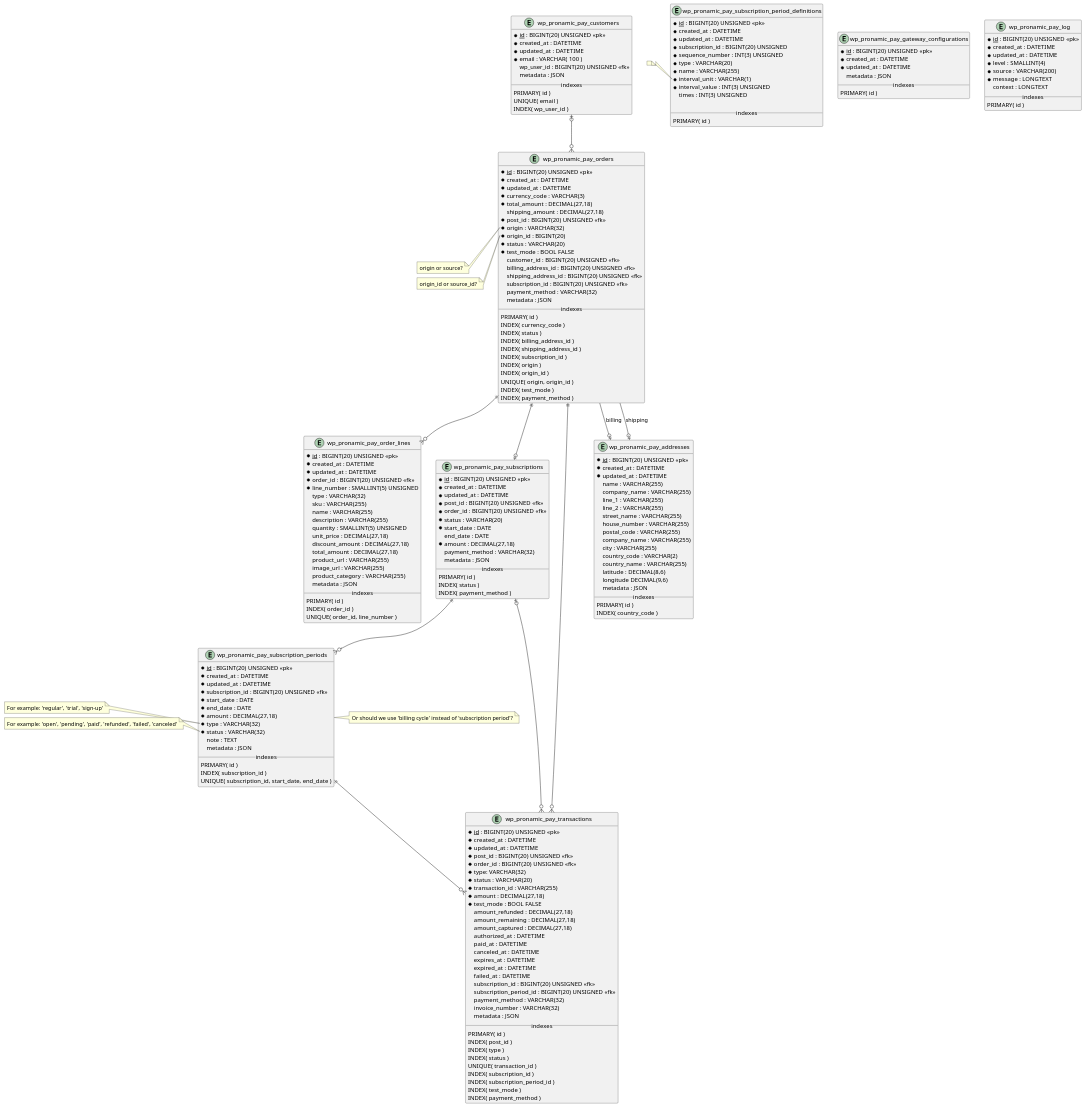
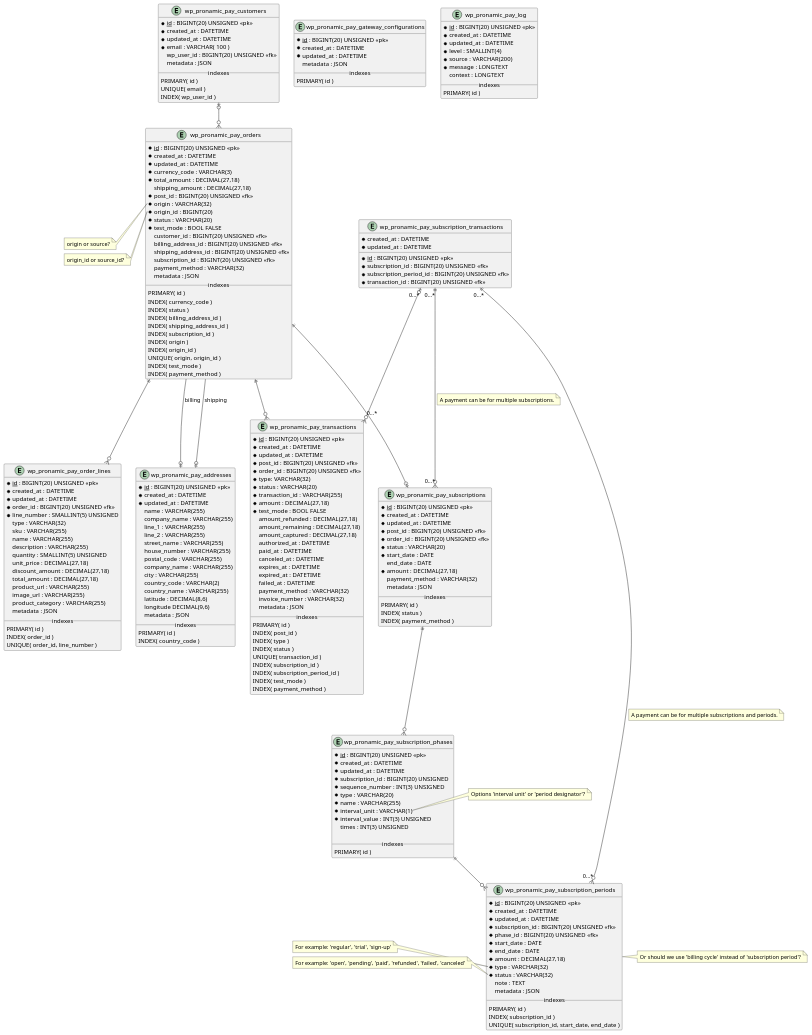
The diagram in documentation/db.plantuml (8KCool/WordPress-Plugin-iDEAL-Bancontact-), drawn with PlantUML before and after one commit. The commit also changed 1 other file, not shown here.

Commit message:
One payment can be for multiple subscriptions and periods.

```diff
--- a/documentation/db.plantuml
+++ b/documentation/db.plantuml
@@ -101,7 +101,7 @@
 	INDEX( payment_method )
 }
 
-entity "wp_pronamic_pay_subscription_period_definitions" as subscription_period_definition {
+entity "wp_pronamic_pay_subscription_phases" as subscription_phase {
 	* <u>id</u> : BIGINT(20) UNSIGNED <<pk>>
 	* created_at : DATETIME
 	* updated_at : DATETIME
@@ -117,8 +117,8 @@
 	PRIMARY( id )
 }
 
-note left of subscription_period_definition::interval_unit
-  'interval unit' or 'period designator'?
+note left of subscription_phase::interval_unit
+  Options 'interval unit' or 'period designator'?
 end note
 
 
@@ -127,6 +127,7 @@
 	* created_at : DATETIME
 	* updated_at : DATETIME
 	* subscription_id : BIGINT(20) UNSIGNED <<fk>>
+	* phase_id : BIGINT(20) UNSIGNED <<fk>>
 	* start_date : DATE
 	* end_date : DATE
 	* amount : DECIMAL(27,18)
@@ -152,6 +153,15 @@
   For example: 'open', 'pending', 'paid', 'refunded', 'failed', 'canceled'
 end note
 
+entity "wp_pronamic_pay_subscription_transactions" as subscription_transaction {
+	* <u>id</u> : BIGINT(20) UNSIGNED <<pk>>
+	* created_at : DATETIME
+	* updated_at : DATETIME
+	* subscription_id : BIGINT(20) UNSIGNED <<fk>>
+	* subscription_period_id : BIGINT(20) UNSIGNED <<fk>>
+	* transaction_id : BIGINT(20) UNSIGNED <<fk>>
+}
+
 entity "wp_pronamic_pay_transactions" as transaction {
 	* <u>id</u> : BIGINT(20) UNSIGNED <<pk>>
 	* created_at : DATETIME
@@ -172,8 +182,6 @@
 	expires_at : DATETIME
 	expired_at : DATETIME
 	failed_at : DATETIME
-	subscription_id : BIGINT(20) UNSIGNED <<fk>>
-	subscription_period_id : BIGINT(20) UNSIGNED <<fk>>
 	payment_method : VARCHAR(32)
 	invoice_number : VARCHAR(32)
 	metadata : JSON
@@ -241,8 +249,19 @@
 order ||--o| subscription
 order ||--o{ order_line
 order ||--o{ transaction
-subscription ||--o{ subscription_period
-subscription |o--o{ transaction
-subscription_period ||--o{ transaction
+subscription ||--o{ subscription_phase
+subscription_phase ||--o{ subscription_period
+
+subscription_transaction "0…*" |o--o{ "0…*" transaction
+
+subscription_transaction "0…*" ||--o{ "0…*" subscription
+note on link
+A payment can be for multiple subscriptions.
+end note
+
+subscription_transaction "0…*" ||--o{ "0…*" subscription_period
+note on link
+A payment can be for multiple subscriptions and periods.
+end note
 
 @enduml
```
